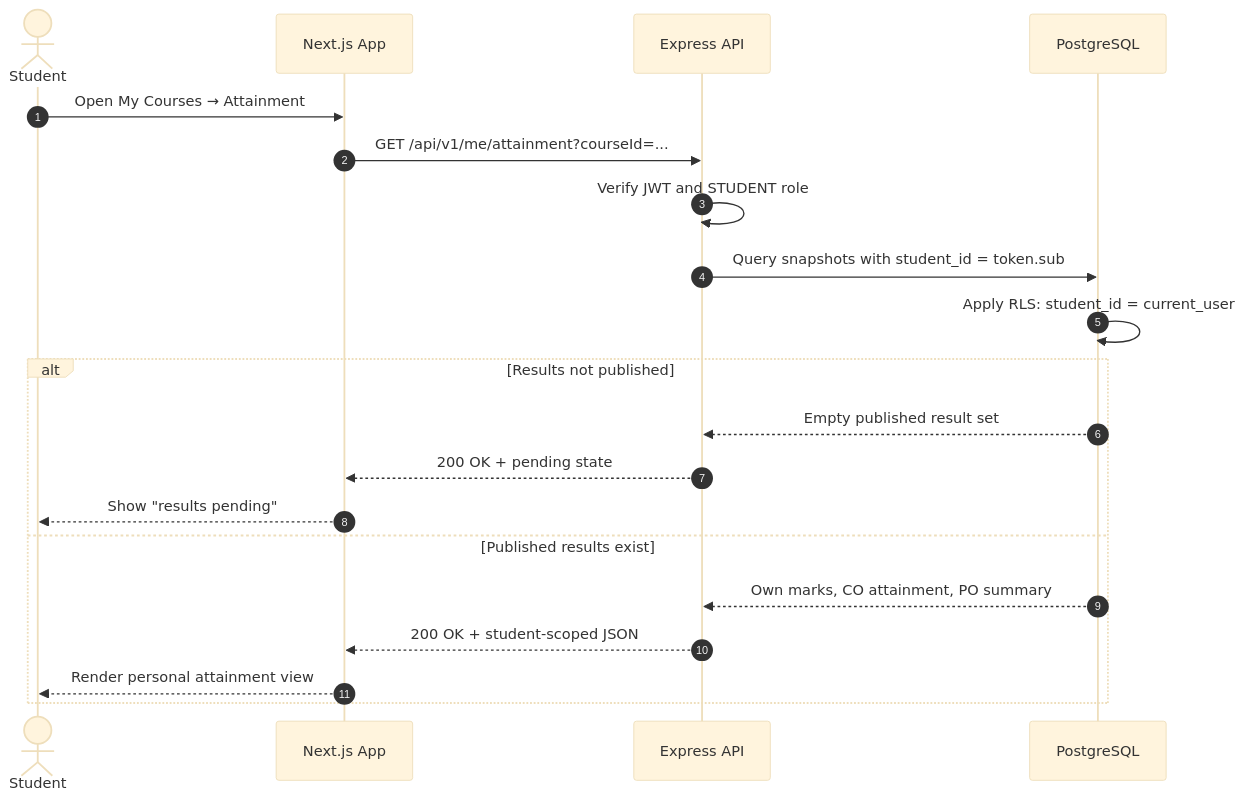
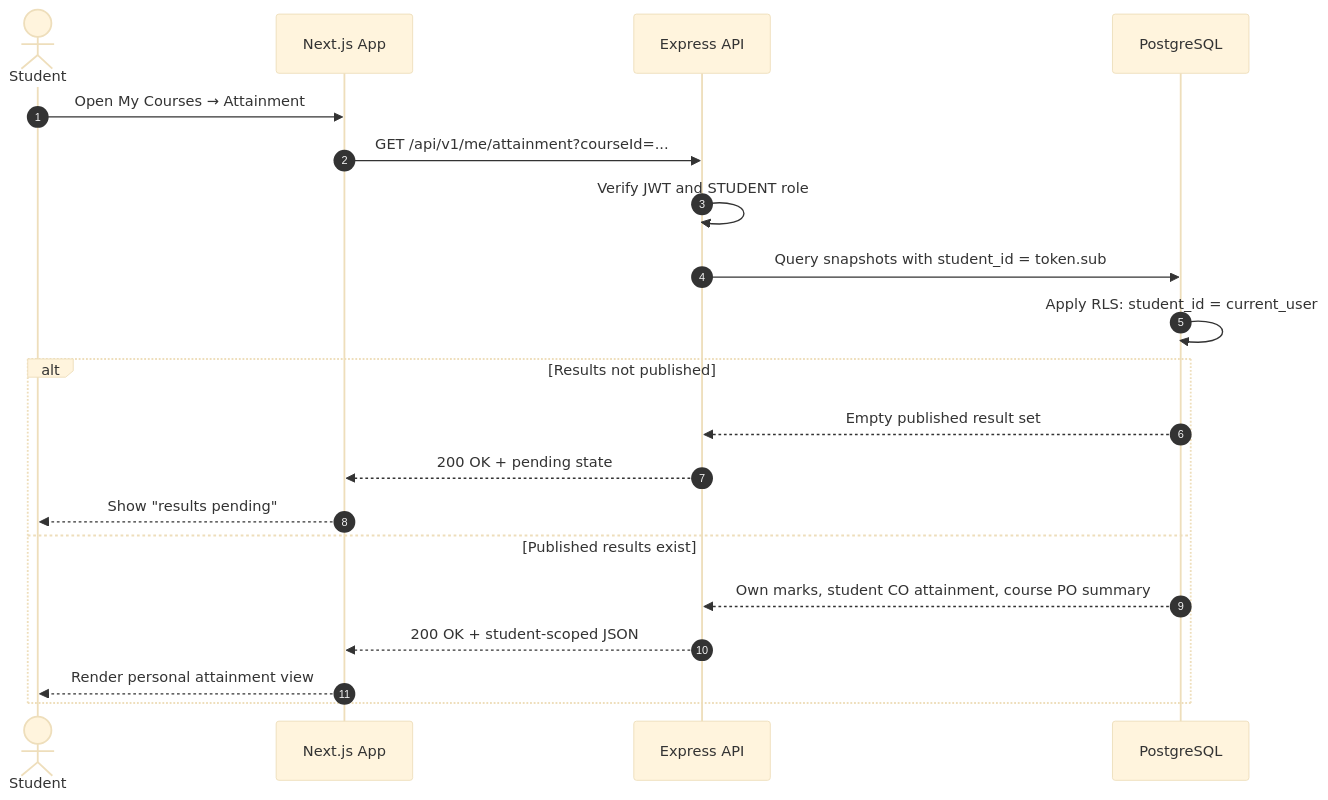
One commit to harshh-debug/2026-2027_IT-B_20240110085 changed the sixth of 9 diagrams in EX7README.md. Above: the diagram before and after it, drawn with Mermaid (base theme). The commit also changed other lines of this file, not shown here.

Commit message:
docs: persist student CO results in attainment flow

````diff
--- a/EX7README.md
+++ b/EX7README.md
@@ -281,23 +282,23 @@
 ```mermaid
 sequenceDiagram
     autonumber
     actor S as Student
     participant WEB as Next.js App
     participant API as Express API
     participant DB as PostgreSQL
 
     S->>WEB: Open My Courses → Attainment
     WEB->>API: GET /api/v1/me/attainment?courseId=...
     API->>API: Verify JWT and STUDENT role
     API->>DB: Query snapshots with student_id = token.sub
     DB->>DB: Apply RLS: student_id = current_user
     alt Results not published
         DB-->>API: Empty published result set
         API-->>WEB: 200 OK + pending state
         WEB-->>S: Show "results pending"
     else Published results exist
-        DB-->>API: Own marks, CO attainment, PO summary
+        DB-->>API: Own marks, student CO attainment, course PO summary
         API-->>WEB: 200 OK + student-scoped JSON
         WEB-->>S: Render personal attainment view
     end
 ```
````
